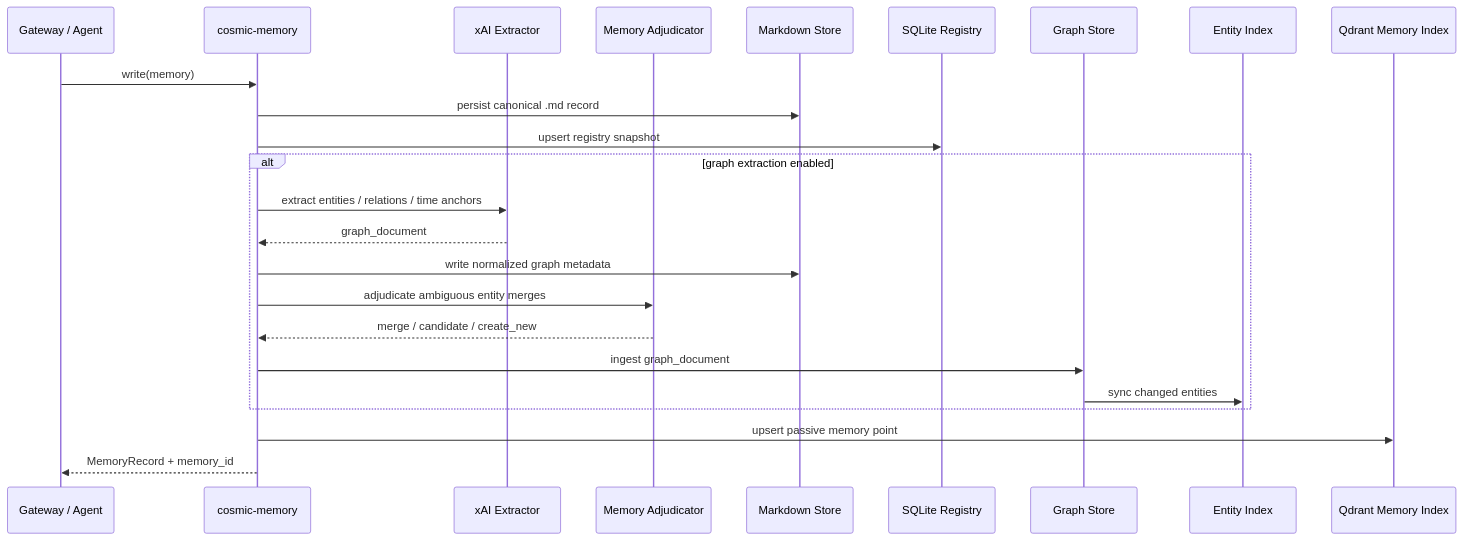
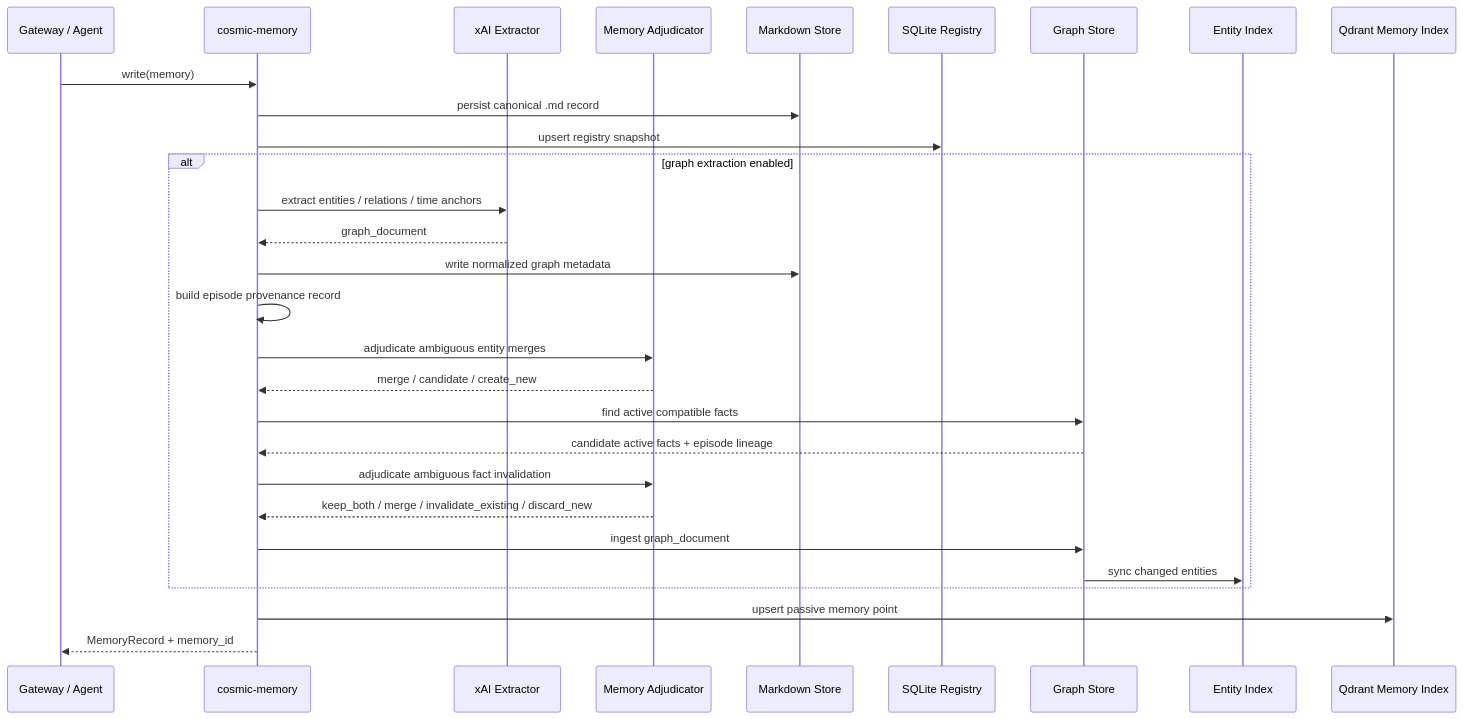
The second of 4 diagrams in README.md (uspraveen/cosmic-memory), drawn with Mermaid before and after one commit. The commit also changed other lines of this file and 25 other files, not shown here.

Commit message:
Build graph provenance, invalidation, and episode ingestion

````diff
--- a/README.md
+++ b/README.md
@@ -78,27 +78,32 @@
 ```mermaid
 sequenceDiagram
     participant GW as Gateway / Agent
     participant CM as cosmic-memory
     participant X as xAI Extractor
     participant A as Memory Adjudicator
     participant MD as Markdown Store
     participant REG as SQLite Registry
     participant G as Graph Store
     participant EI as Entity Index
     participant Q as Qdrant Memory Index
 
     GW->>CM: write(memory)
     CM->>MD: persist canonical .md record
     CM->>REG: upsert registry snapshot
     alt graph extraction enabled
         CM->>X: extract entities / relations / time anchors
         X-->>CM: graph_document
         CM->>MD: write normalized graph metadata
+        CM->>CM: build episode provenance record
         CM->>A: adjudicate ambiguous entity merges
         A-->>CM: merge / candidate / create_new
+        CM->>G: find active compatible facts
+        G-->>CM: candidate active facts + episode lineage
+        CM->>A: adjudicate ambiguous fact invalidation
+        A-->>CM: keep_both / merge / invalidate_existing / discard_new
         CM->>G: ingest graph_document
         G->>EI: sync changed entities
     end
     CM->>Q: upsert passive memory point
     CM-->>GW: MemoryRecord + memory_id
 ```
````
